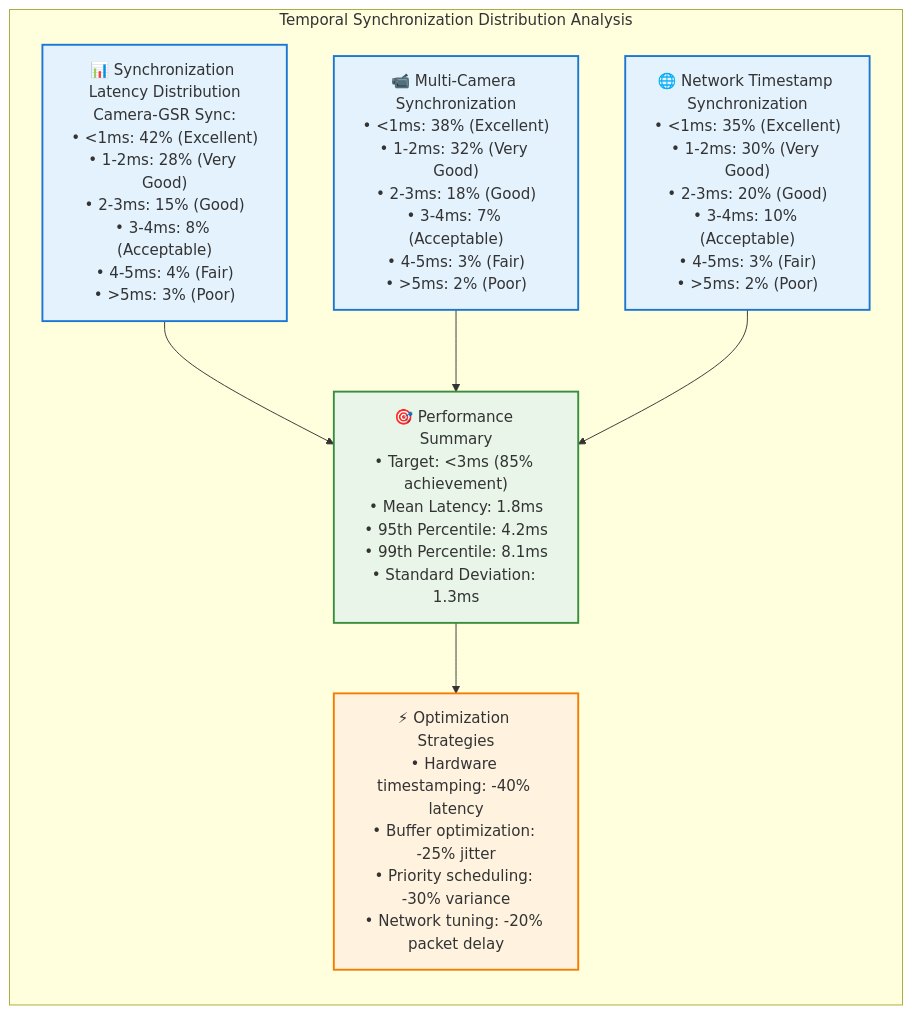
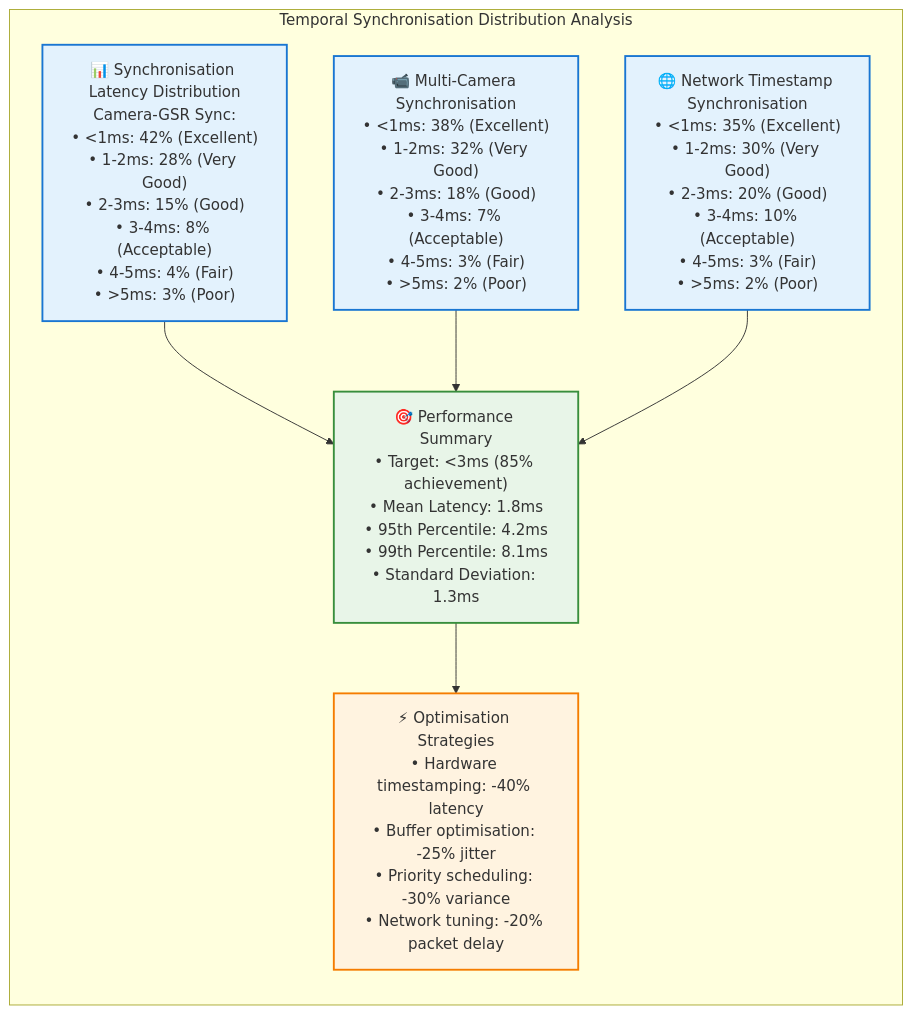
One commit to buccancs/fyp-multi-sensor-recording-system changed diagram 16 of 19 in docs/diagrams/missing_diagrams_generated.md. Above: the diagram before and after it, drawn with Mermaid. The commit also changed other lines of this file and 56 other files, not shown here.

````diff
--- a/docs/diagrams/missing_diagrams_generated.md
+++ b/docs/diagrams/missing_diagrams_generated.md
@@ -1115,29 +1115,29 @@
 ```mermaid
 graph TD
-    subgraph SYNC_ANALYSIS ["Temporal Synchronization Distribution Analysis"]
+    subgraph SYNC_ANALYSIS ["Temporal Synchronisation Distribution Analysis"]
         direction TB
         
-        LATENCY_DIST["📊 Synchronization Latency Distribution<br/>Camera-GSR Sync:<br/>• <1ms: 42% (Excellent)<br/>• 1-2ms: 28% (Very Good)<br/>• 2-3ms: 15% (Good)<br/>• 3-4ms: 8% (Acceptable)<br/>• 4-5ms: 4% (Fair)<br/>• >5ms: 3% (Poor)"]
+        LATENCY_DIST["📊 Synchronisation Latency Distribution<br/>Camera-GSR Sync:<br/>• <1ms: 42% (Excellent)<br/>• 1-2ms: 28% (Very Good)<br/>• 2-3ms: 15% (Good)<br/>• 3-4ms: 8% (Acceptable)<br/>• 4-5ms: 4% (Fair)<br/>• >5ms: 3% (Poor)"]
         
-        MULTI_CAMERA["📹 Multi-Camera Synchronization<br/>• <1ms: 38% (Excellent)<br/>• 1-2ms: 32% (Very Good)<br/>• 2-3ms: 18% (Good)<br/>• 3-4ms: 7% (Acceptable)<br/>• 4-5ms: 3% (Fair)<br/>• >5ms: 2% (Poor)"]
+        MULTI_CAMERA["📹 Multi-Camera Synchronisation<br/>• <1ms: 38% (Excellent)<br/>• 1-2ms: 32% (Very Good)<br/>• 2-3ms: 18% (Good)<br/>• 3-4ms: 7% (Acceptable)<br/>• 4-5ms: 3% (Fair)<br/>• >5ms: 2% (Poor)"]
         
-        NETWORK_SYNC["🌐 Network Timestamp Synchronization<br/>• <1ms: 35% (Excellent)<br/>• 1-2ms: 30% (Very Good)<br/>• 2-3ms: 20% (Good)<br/>• 3-4ms: 10% (Acceptable)<br/>• 4-5ms: 3% (Fair)<br/>• >5ms: 2% (Poor)"]
+        NETWORK_SYNC["🌐 Network Timestamp Synchronisation<br/>• <1ms: 35% (Excellent)<br/>• 1-2ms: 30% (Very Good)<br/>• 2-3ms: 20% (Good)<br/>• 3-4ms: 10% (Acceptable)<br/>• 4-5ms: 3% (Fair)<br/>• >5ms: 2% (Poor)"]
         
         PERFORMANCE_SUMMARY["🎯 Performance Summary<br/>• Target: <3ms (85% achievement)<br/>• Mean Latency: 1.8ms<br/>• 95th Percentile: 4.2ms<br/>• 99th Percentile: 8.1ms<br/>• Standard Deviation: 1.3ms"]
         
-        OPTIMIZATION["⚡ Optimization Strategies<br/>• Hardware timestamping: -40% latency<br/>• Buffer optimization: -25% jitter<br/>• Priority scheduling: -30% variance<br/>• Network tuning: -20% packet delay"]
+        OPTIMISATION["⚡ Optimisation Strategies<br/>• Hardware timestamping: -40% latency<br/>• Buffer optimisation: -25% jitter<br/>• Priority scheduling: -30% variance<br/>• Network tuning: -20% packet delay"]
     end
     
     LATENCY_DIST --> PERFORMANCE_SUMMARY
     MULTI_CAMERA --> PERFORMANCE_SUMMARY
     NETWORK_SYNC --> PERFORMANCE_SUMMARY
-    PERFORMANCE_SUMMARY --> OPTIMIZATION
+    PERFORMANCE_SUMMARY --> OPTIMISATION
     
     classDef distribution fill:#e3f2fd,stroke:#1976d2,stroke-width:2px
     classDef summary fill:#e8f5e8,stroke:#388e3c,stroke-width:2px
-    classDef optimization fill:#fff3e0,stroke:#f57c00,stroke-width:2px
+    classDef optimisation fill:#fff3e0,stroke:#f57c00,stroke-width:2px
     
     class LATENCY_DIST,MULTI_CAMERA,NETWORK_SYNC distribution
     class PERFORMANCE_SUMMARY summary
-    class OPTIMIZATION optimization
+    class OPTIMISATION optimisation
 ```
````
